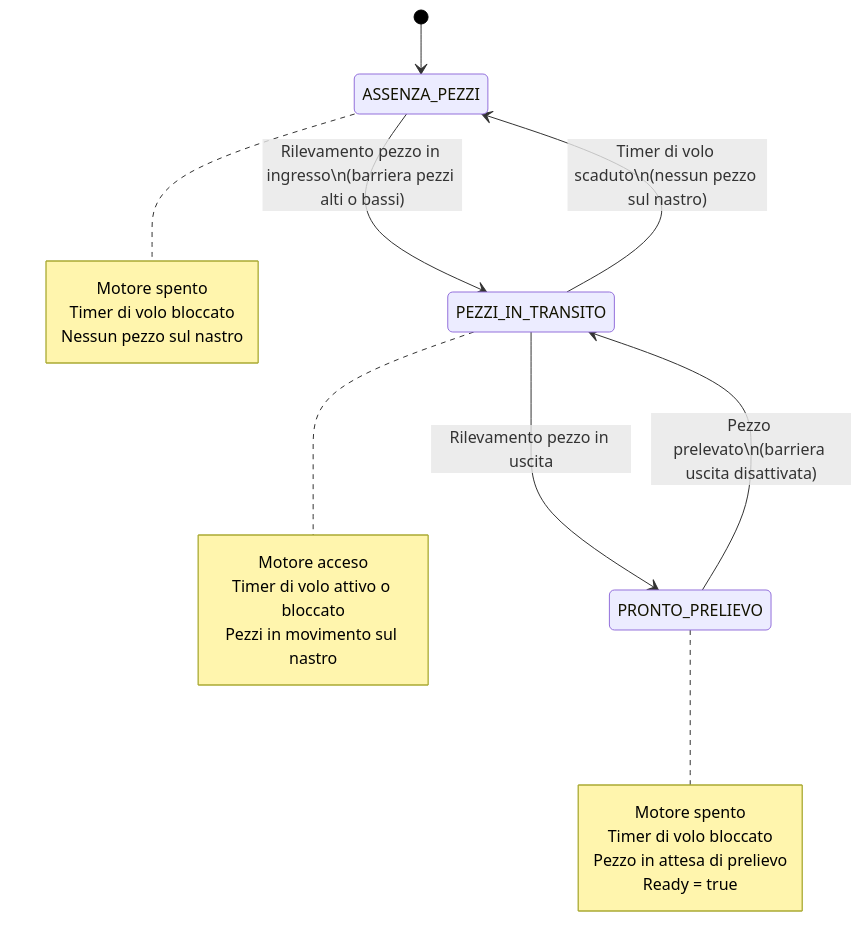
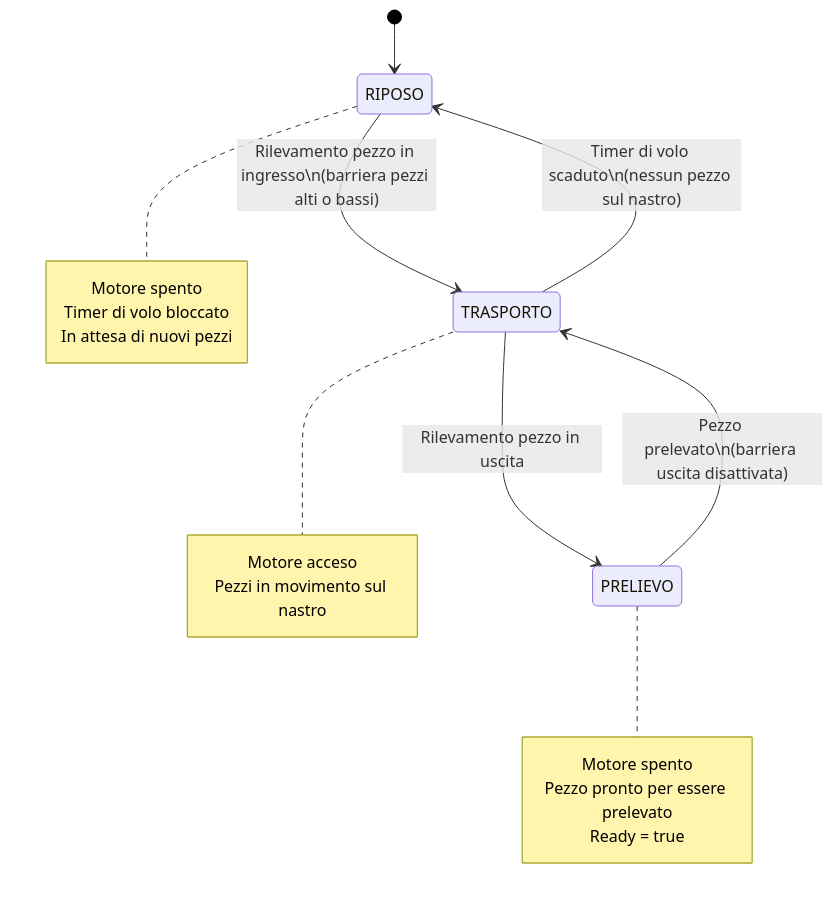
The diagram in nastro.md (sebastianomelita/ArduinoBareMetal), drawn with Mermaid before and after one commit.

````diff
--- a/nastro.md
+++ b/nastro.md
@@ -705,29 +705,27 @@
 ```mermaid
 %%{init: {'theme': 'default', 'themeVariables': { 'primaryColor': '#ffffff', 'primaryTextColor': '#000000', 'primaryBorderColor': '#000000', 'lineColor': '#000000', 'secondaryColor': '#f4f4f4', 'tertiaryColor': '#ffffff' }}}%%
 stateDiagram-v2
-    [*] --> ASSENZA_PEZZI
+    [*] --> RIPOSO
     
-    ASSENZA_PEZZI --> PEZZI_IN_TRANSITO: Rilevamento pezzo in ingresso\n(barriera pezzi alti o bassi)
-    PEZZI_IN_TRANSITO --> PRONTO_PRELIEVO: Rilevamento pezzo in uscita
-    PRONTO_PRELIEVO --> PEZZI_IN_TRANSITO: Pezzo prelevato\n(barriera uscita disattivata)
-    PEZZI_IN_TRANSITO --> ASSENZA_PEZZI: Timer di volo scaduto\n(nessun pezzo sul nastro)
+    RIPOSO --> TRASPORTO: Rilevamento pezzo in ingresso\n(barriera pezzi alti o bassi)
+    TRASPORTO --> PRELIEVO: Rilevamento pezzo in uscita
+    PRELIEVO --> TRASPORTO: Pezzo prelevato\n(barriera uscita disattivata)
+    TRASPORTO --> RIPOSO: Timer di volo scaduto\n(nessun pezzo sul nastro)
     
-    note right of ASSENZA_PEZZI
+    note right of RIPOSO
         Motore spento
         Timer di volo bloccato
-        Nessun pezzo sul nastro
+        In attesa di nuovi pezzi
     end note
     
-    note right of PEZZI_IN_TRANSITO
+    note right of TRASPORTO
         Motore acceso
-        Timer di volo attivo o bloccato
         Pezzi in movimento sul nastro
     end note
     
-    note right of PRONTO_PRELIEVO
+    note right of PRELIEVO
         Motore spento
-        Timer di volo bloccato
-        Pezzo in attesa di prelievo
+        Pezzo pronto per essere prelevato
         Ready = true
     end note
 ```
````
